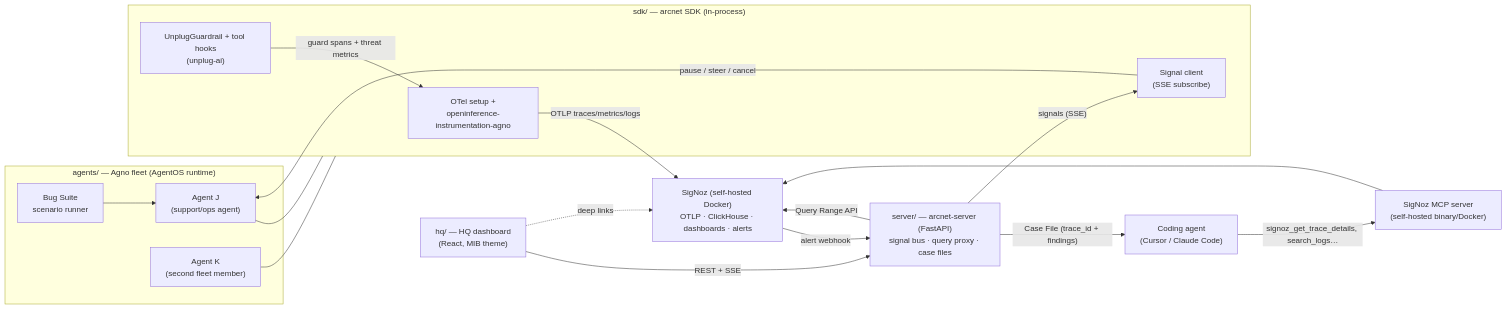
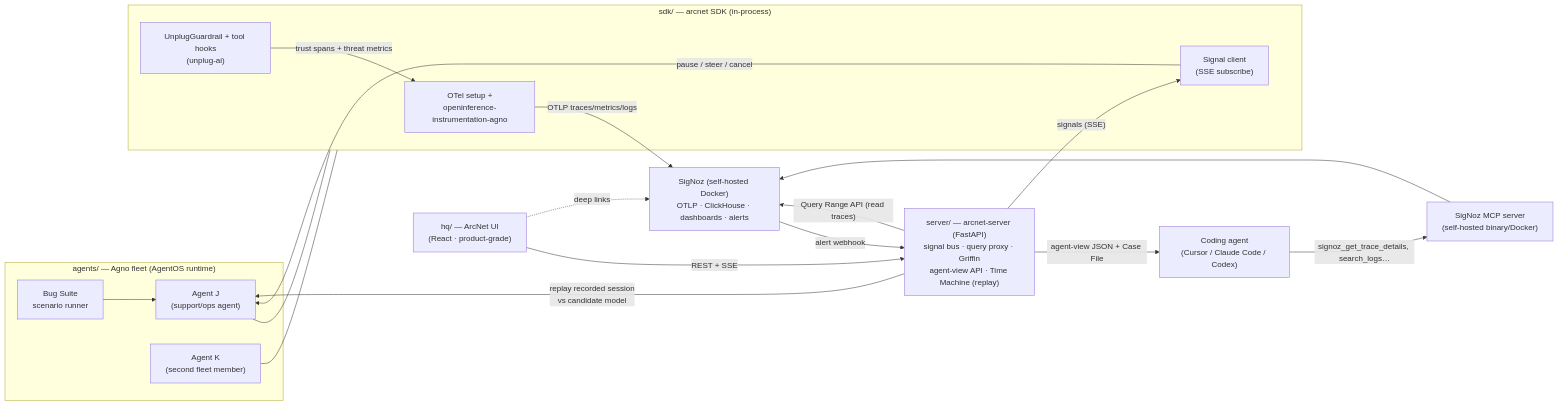
The diagram in docs/02-architecture.md (chiruu12/arcnet), drawn with Mermaid before and after one commit. The commit also changed other lines of this file and 8 other files, not shown here.

````diff
--- a/docs/02-architecture.md
+++ b/docs/02-architecture.md
@@ -5,36 +5,37 @@
 ```mermaid
 flowchart LR
     subgraph Agents["agents/ — Agno fleet (AgentOS runtime)"]
         J["Agent J<br/>(support/ops agent)"]
         K["Agent K<br/>(second fleet member)"]
         BS["Bug Suite<br/>scenario runner"]
         BS --> J
     end
 
     subgraph SDK["sdk/ — arcnet SDK (in-process)"]
         INST["OTel setup +<br/>openinference-instrumentation-agno"]
         GUARD["UnplugGuardrail + tool hooks<br/>(unplug-ai)"]
         SIG["Signal client<br/>(SSE subscribe)"]
     end
 
     J --- SDK
     K --- SDK
 
     SIGNOZ["SigNoz (self-hosted Docker)<br/>OTLP · ClickHouse · dashboards · alerts"]
     MCP["SigNoz MCP server<br/>(self-hosted binary/Docker)"]
-    SERVER["server/ — arcnet-server (FastAPI)<br/>signal bus · query proxy · case files"]
-    HQ["hq/ — HQ dashboard<br/>(React, MIB theme)"]
-    CODER["Coding agent<br/>(Cursor / Claude Code)"]
+    SERVER["server/ — arcnet-server (FastAPI)<br/>signal bus · query proxy · Griffin<br/>agent-view API · Time Machine (replay)"]
+    HQ["hq/ — ArcNet UI<br/>(React · product-grade)"]
+    CODER["Coding agent<br/>(Cursor / Claude Code / Codex)"]
 
     INST -- "OTLP traces/metrics/logs" --> SIGNOZ
-    GUARD -- "guard spans + threat metrics" --> INST
+    GUARD -- "trust spans + threat metrics" --> INST
     SIGNOZ -- "alert webhook" --> SERVER
     SERVER -- "signals (SSE)" --> SIG
     SIG -- "pause / steer / cancel" --> J
-    SERVER -- "Query Range API" --> SIGNOZ
+    SERVER -- "Query Range API (read traces)" --> SIGNOZ
+    SERVER -- "replay recorded session<br/>vs candidate model" --> J
     HQ -- "REST + SSE" --> SERVER
     HQ -. "deep links" .-> SIGNOZ
-    SERVER -- "Case File (trace_id + findings)" --> CODER
+    SERVER -- "agent-view JSON + Case File" --> CODER
     CODER -- "signoz_get_trace_details, search_logs…" --> MCP
     MCP --> SIGNOZ
 ```
````
